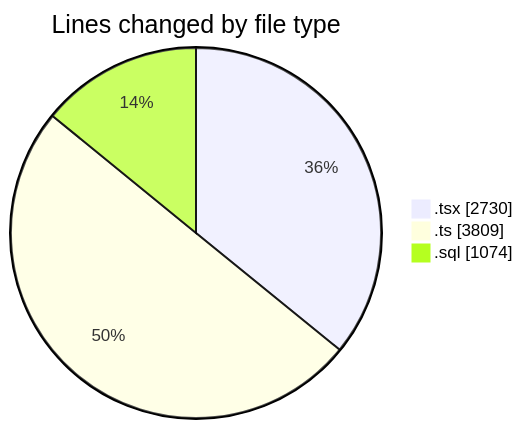
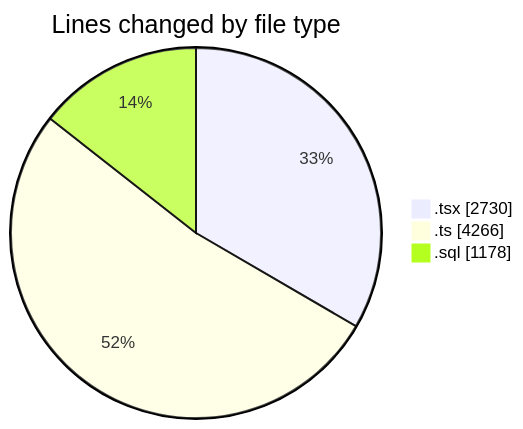
Before and after one commit to lephambinh05/code-tracking: the first of 2 diagrams in 2025-09-05/hiai-phf/README.md, drawn with Mermaid. The commit also changed other lines of this file and 1 other file, not shown here.

````diff
--- a/2025-09-05/hiai-phf/README.md
+++ b/2025-09-05/hiai-phf/README.md
@@ -73,7 +73,7 @@
 ```mermaid
 pie showData
 title Lines changed by file type
 ".tsx" : 2730
-".ts" : 3809
-".sql" : 1074
+".ts" : 4266
+".sql" : 1178
 ```
````
